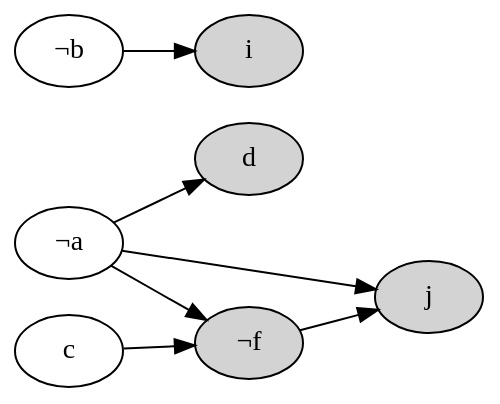
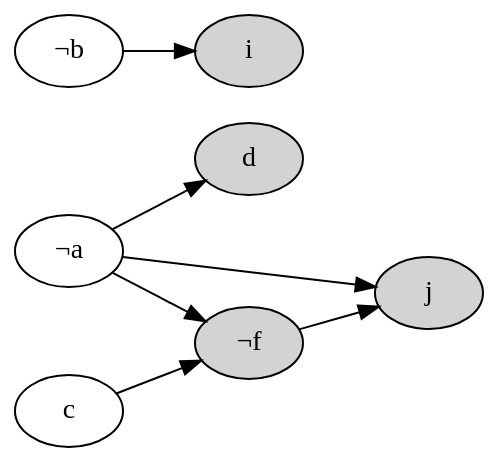
Before and after one commit to vaibhavsagar/presentations: the diagram in sat-solvers/images/graph1x2.dot, drawn with Graphviz. The commit also changed 12 other files, not shown here.

Commit message:
sat-solvers: selectively hide graphviz output for consistent images

```diff
--- a/sat-solvers/images/graph1x2.dot
+++ b/sat-solvers/images/graph1x2.dot
@@ -1,19 +1,29 @@
 digraph {
     a [label="¬a"]
     b [label="¬b"]
+    c
     d [style="filled"]
+    e [style="invisible"]
     f [label="¬f", style="filled"]
+    gt [label="g", style="filled,invisible"]
+    gf [label="¬g", style="filled,invisible"]
     i [style="filled"]
     j [style="filled"]
     a -> d
     c -> f
     a -> f
     a -> j
     f -> j
     b -> i
+    e -> gt [style="invisible",arrowhead="none"]
+    e -> gf [style="invisible",arrowhead="none"]
+    f -> gf [style="invisible",arrowhead="none"]
+    c -> gt [style="invisible",arrowhead="none"]
+    gt -> gf [color="red",dir="both",style="dashed,invisible",arrowhead="none",arrowtail="none",minlen=3]
     rankdir="LR"
-    {rank=same; a b c}
+    {rank=same; gt gf}
+    {rank=same; a b c e}
     overlap=false
     splines=true
     bgcolor=transparent
 }
```
